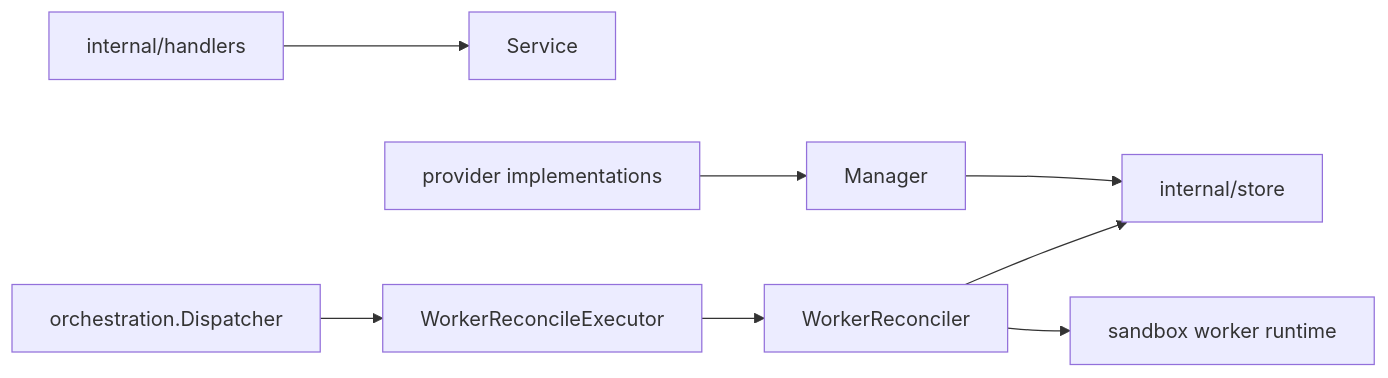
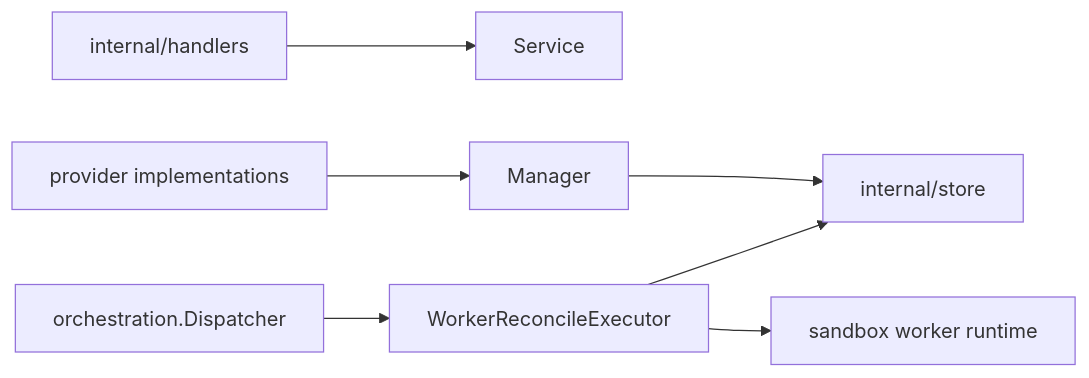
The diagram in server/internal/resources/workers/DESIGN.md (discobox-ai/discobox), drawn with Mermaid before and after one commit. The commit also changed other lines of this file and 50 other files, not shown here.

````diff
--- a/server/internal/resources/workers/DESIGN.md
+++ b/server/internal/resources/workers/DESIGN.md
@@ -8,10 +8,9 @@
 ```mermaid
 flowchart LR
     api[internal/handlers] --> service[Service]
     providers[provider implementations] --> manager[Manager]
     dispatcher[orchestration.Dispatcher] --> executor[WorkerReconcileExecutor]
-    executor --> reconciler[WorkerReconciler]
     manager --> store[internal/store]
-    reconciler --> store
-    reconciler --> runtime[sandbox worker runtime]
+    executor --> store
+    executor --> runtime[sandbox worker runtime]
 ```
````
